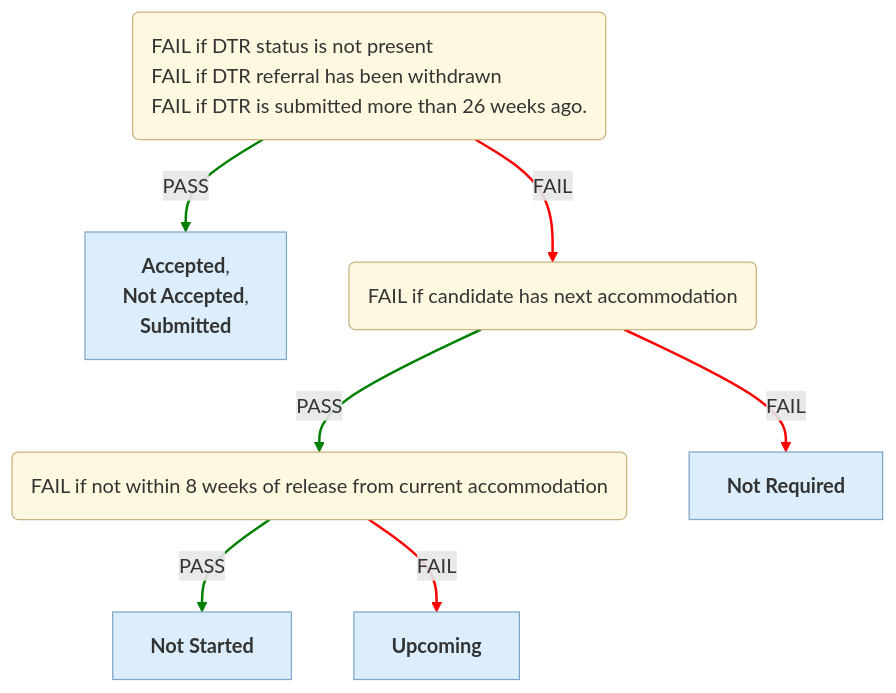
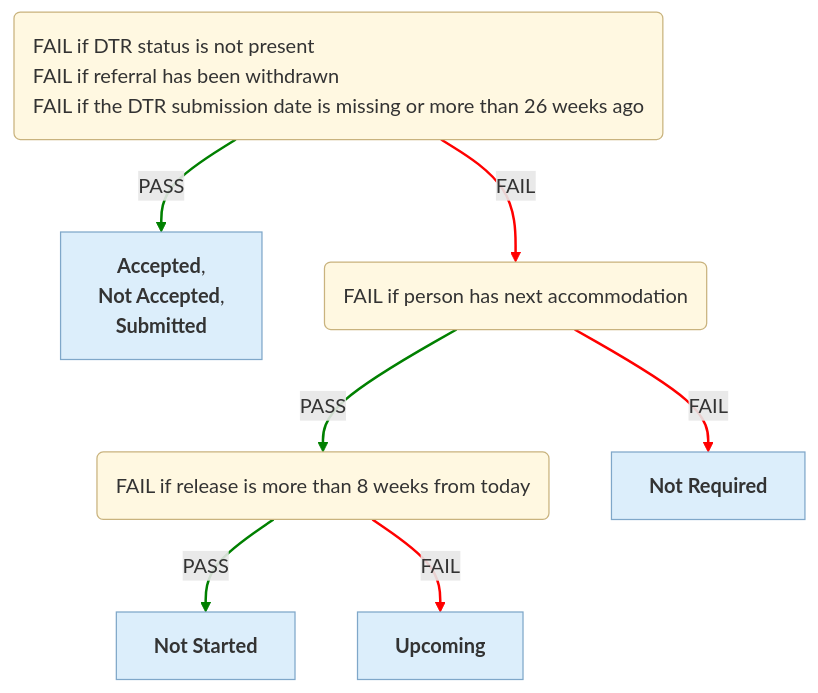
Before and after one commit to ministryofjustice/hmpps-single-accommodation-service-api: the fifth of 6 diagrams in docs/eligibility-rules-graph.md, drawn with Mermaid. The commit also changed other lines of this file and 275 other files, not shown here.

Commit message:
chore/SAS-1544-Make-language-more-natural-for-Fail-descriptions

````diff
--- a/docs/eligibility-rules-graph.md
+++ b/docs/eligibility-rules-graph.md
@@ -495,28 +495,28 @@
 ```mermaid
 %%{init: {"flowchart": {"wrappingWidth": 800}}}%%
 flowchart TD
-  Suitability("<div style='text-align:left'>FAIL if DTR status is not present
-FAIL if DTR referral has been withdrawn
-FAIL if DTR is submitted more than 26 weeks ago.</div>")
-  outcome_DtrCompletionContextUpdater["<b>Accepted</b>,
+  DTR("<div style='text-align:left'>FAIL if DTR status is not present
+FAIL if referral has been withdrawn
+FAIL if the DTR submission date is missing or more than 26 weeks ago</div>")
+  outcome_DtrActiveContextUpdater["<b>Accepted</b>,
  <b>Not Accepted</b>,
  <b>Submitted</b>"]
-  Eligibility("<div style='text-align:left'>FAIL if candidate has next accommodation</div>")
-  Upcoming("<div style='text-align:left'>FAIL if not within 8 weeks of release from current accommodation</div>")
+  No_Next_Accommodation("<div style='text-align:left'>FAIL if person has next accommodation</div>")
+  Release_Within_8_Weeks("<div style='text-align:left'>FAIL if release is more than 8 weeks from today</div>")
   DTR_NOT_STARTED["<b>Not Started</b>"]
   outcome_DtrUpcomingContextUpdater["<b>Upcoming</b>"]
   DTR_NOT_REQUIRED["<b>Not Required</b>"]
-  Suitability -->|PASS| outcome_DtrCompletionContextUpdater
-  Upcoming -->|PASS| DTR_NOT_STARTED
-  Upcoming -->|FAIL| outcome_DtrUpcomingContextUpdater
-  Eligibility -->|PASS| Upcoming
-  Eligibility -->|FAIL| DTR_NOT_REQUIRED
-  Suitability -->|FAIL| Eligibility
+  DTR -->|PASS| outcome_DtrActiveContextUpdater
+  Release_Within_8_Weeks -->|PASS| DTR_NOT_STARTED
+  Release_Within_8_Weeks -->|FAIL| outcome_DtrUpcomingContextUpdater
+  No_Next_Accommodation -->|PASS| Release_Within_8_Weeks
+  No_Next_Accommodation -->|FAIL| DTR_NOT_REQUIRED
+  DTR -->|FAIL| No_Next_Accommodation
   linkStyle 0,1,3 stroke:green,stroke-width:2px
   linkStyle 2,4,5 stroke:red,stroke-width:2px
   classDef ruleSetNode fill:#FFF8E1,stroke:#C9B37E,color:#333
   classDef outcomeNode fill:#DCEEFB,stroke:#7FA7C9,color:#333
   classDef updaterNode fill:#EDE7F6,stroke:#A99BC9,color:#333
-  class Suitability,Eligibility,Upcoming ruleSetNode
-  class outcome_DtrCompletionContextUpdater,DTR_NOT_STARTED,outcome_DtrUpcomingContextUpdater,DTR_NOT_REQUIRED outcomeNode
+  class DTR,No_Next_Accommodation,Release_Within_8_Weeks ruleSetNode
+  class outcome_DtrActiveContextUpdater,DTR_NOT_STARTED,outcome_DtrUpcomingContextUpdater,DTR_NOT_REQUIRED outcomeNode
 ```
````
